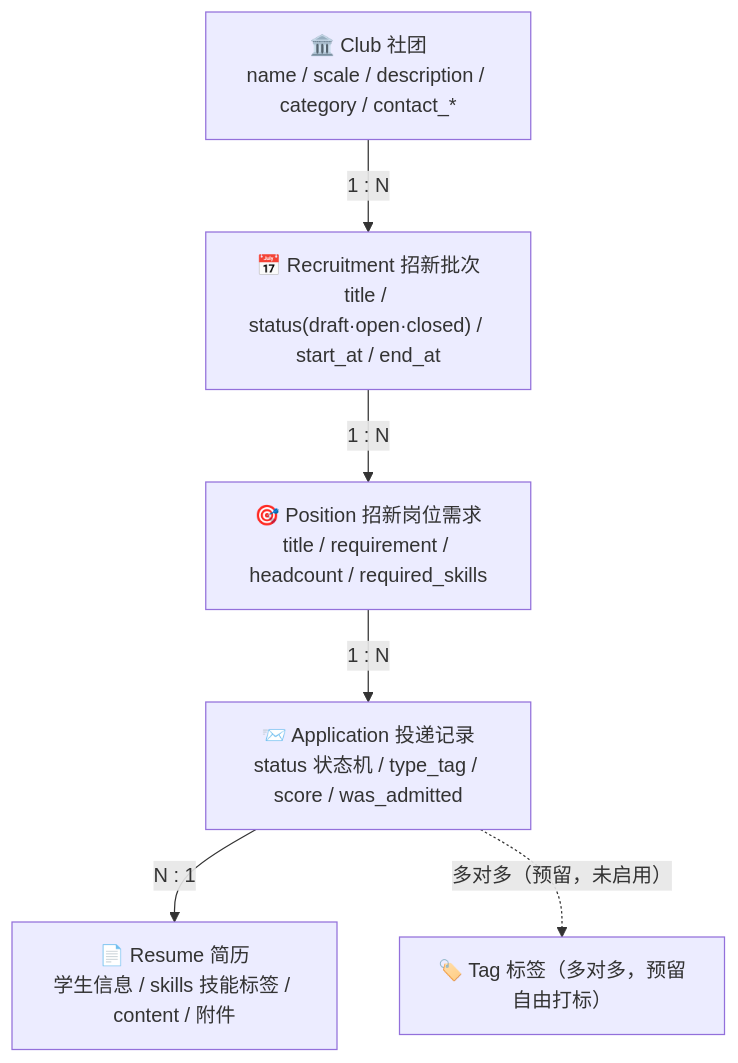
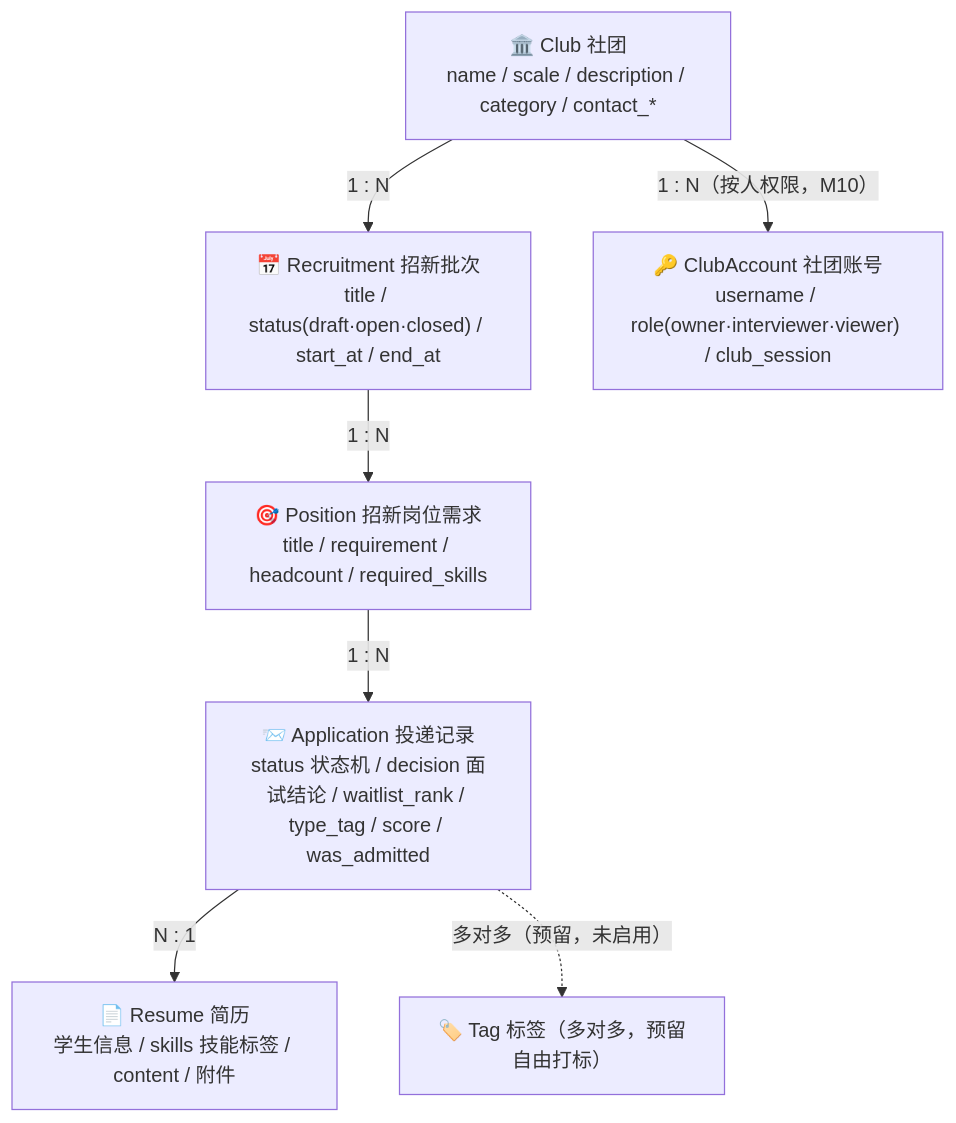
Before and after one commit to LLLDIOT/community: the first of 6 diagrams in docs/ARCHITECTURE.md, drawn with Mermaid. The commit also changed other lines of this file and 37 other files, not shown here.

````diff
--- a/docs/ARCHITECTURE.md
+++ b/docs/ARCHITECTURE.md
@@ -28,15 +43,17 @@
 ```mermaid
 flowchart TD
     Club["🏛️ Club 社团<br/>name / scale / description / category / contact_*"]
     Rec["📅 Recruitment 招新批次<br/>title / status(draft·open·closed) / start_at / end_at"]
     Pos["🎯 Position 招新岗位需求<br/>title / requirement / headcount / required_skills"]
-    App["📨 Application 投递记录<br/>status 状态机 / type_tag / score / was_admitted"]
+    App["📨 Application 投递记录<br/>status 状态机 / decision 面试结论 / waitlist_rank / type_tag / score / was_admitted"]
     Res["📄 Resume 简历<br/>学生信息 / skills 技能标签 / content / 附件"]
     Tag["🏷️ Tag 标签（多对多，预留自由打标）"]
+    Acc["🔑 ClubAccount 社团账号<br/>username / role(owner·interviewer·viewer) / club_session"]
 
     Club -->|"1 : N"| Rec
     Rec -->|"1 : N"| Pos
     Pos -->|"1 : N"| App
     App -->|"N : 1"| Res
     App -.->|"多对多（预留，未启用）"| Tag
+    Club -->|"1 : N（按人权限，M10）"| Acc
 ```
````
